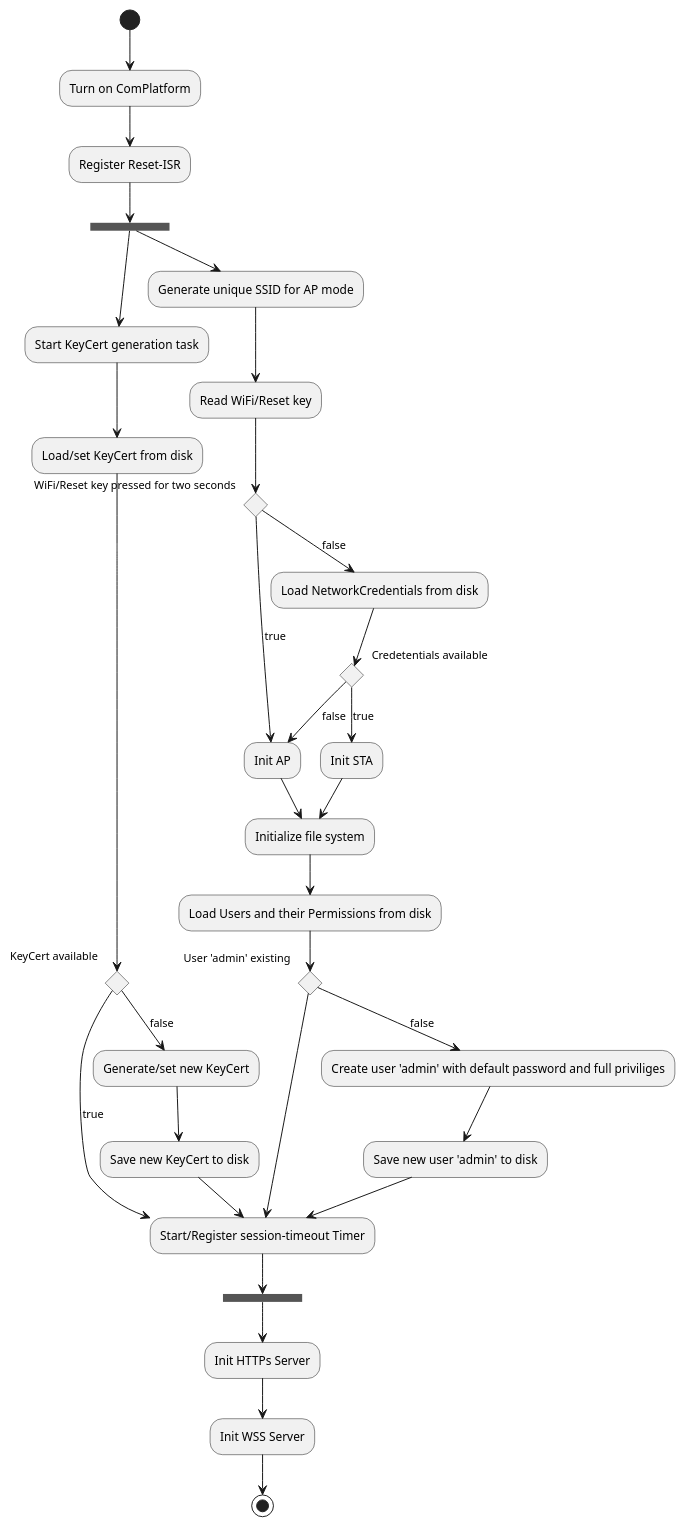
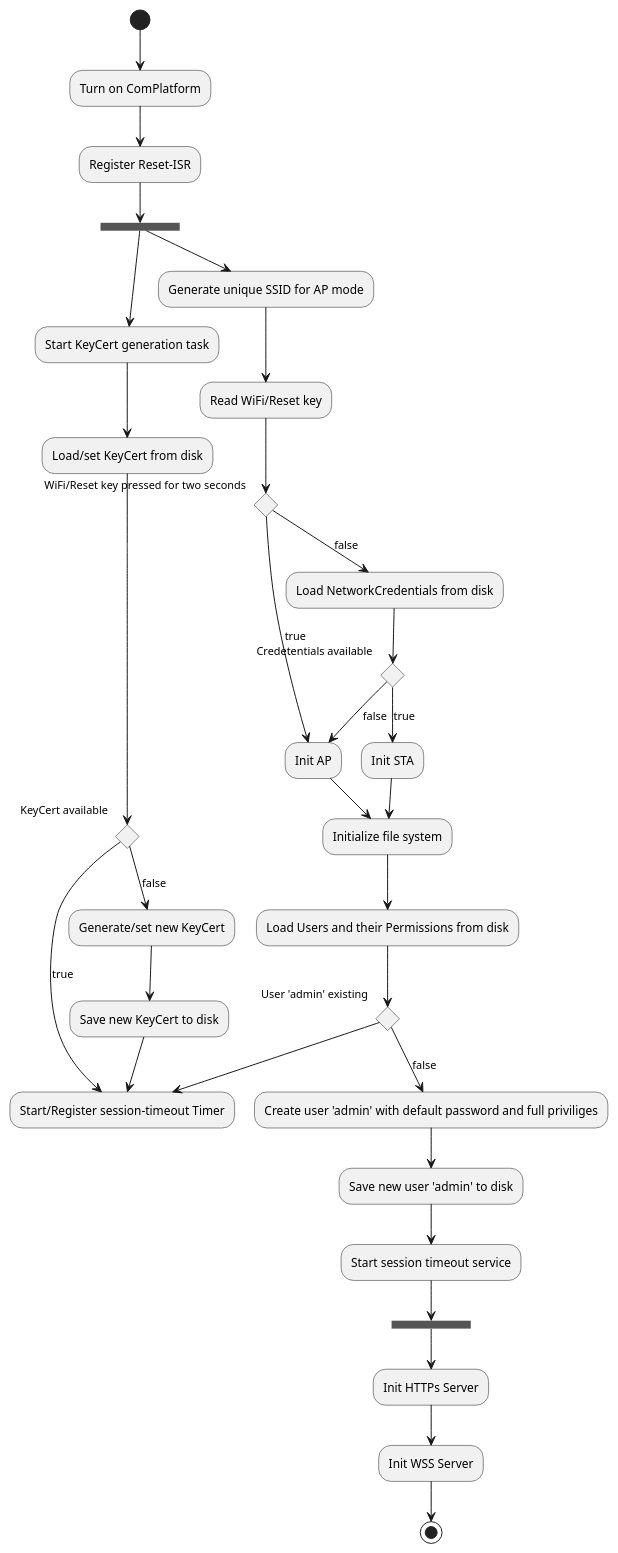
Before and after one commit to NewTec-GmbH/ZumoComSystem: the diagram in doc/design/server/ActivityDiagrams/01_System_Init.plantuml, drawn with PlantUML. The commit also changed 14 other files, not shown here.

```diff
--- a/doc/design/server/ActivityDiagrams/01_System_Init.plantuml
+++ b/doc/design/server/ActivityDiagrams/01_System_Init.plantuml
@@ -1,45 +1,45 @@
 @startuml
 (*) --> "Turn on ComPlatform"
 --> "Register Reset-ISR"
 --> === S1 ===
 --> "Start KeyCert generation task"
 --> "Load/set KeyCert from disk"
 
 if "KeyCert available" then
     --> [true] "Start/Register session-timeout Timer"
 else 
     --> [false] "Generate/set new KeyCert"
     --> "Save new KeyCert to disk"
     --> "Start/Register session-timeout Timer"
 endif
 
 === S1 === --> "Generate unique SSID for AP mode"
 --> "Read WiFi/Reset key"
 
 if "WiFi/Reset key pressed for two seconds" then
     --> [true] "Init AP" as initap
 else
     --> [false] "Load NetworkCredentials from disk"
     if "Credetentials available" then
         --> [true] "Init STA"
         --> "Initialize file system"
 else 
         --> [false] initap
 endif
 
 --> "Initialize file system"
 --> "Load Users and their Permissions from disk"
 
 if "User 'admin' existing" then
     --> "Start/Register session-timeout Timer"
 else
     --> [false] "Create user 'admin' with default password and full priviliges"
     --> "Save new user 'admin' to disk"
 endif
 
---> "Start/Register session-timeout Timer"
+--> "Start session timeout service"
 --> === S2 ===
 --> "Init HTTPs Server"
 --> "Init WSS Server"
 --> (*)
 @enduml
```
